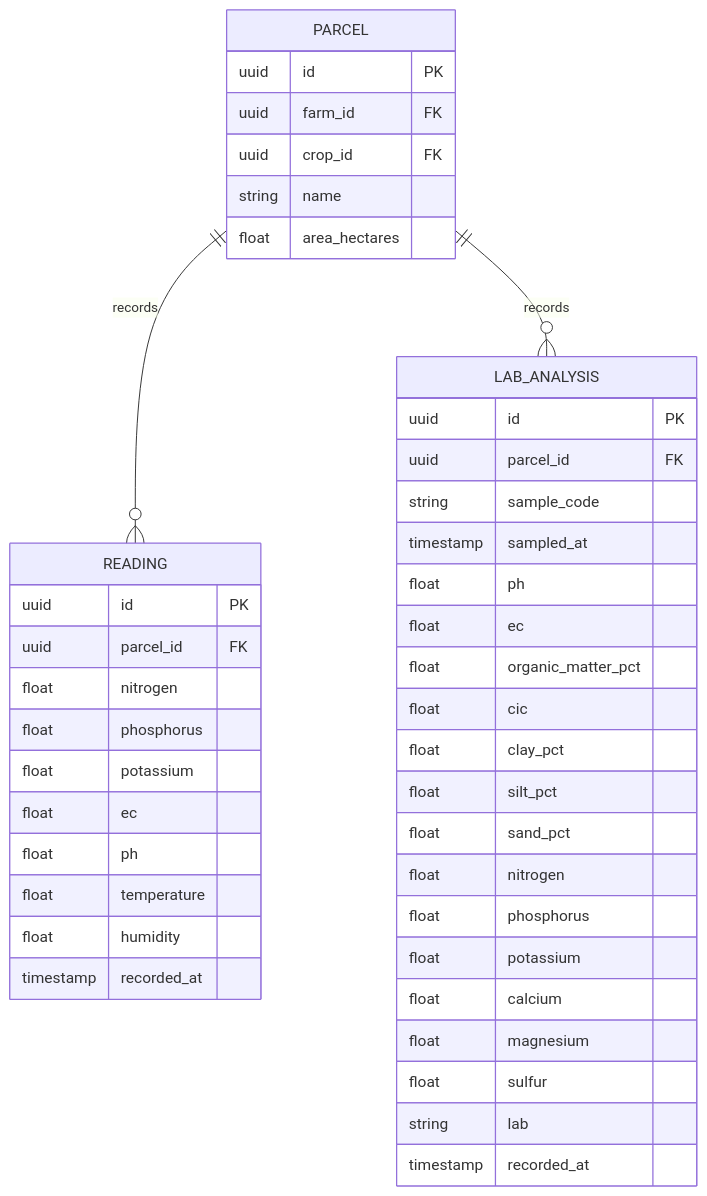
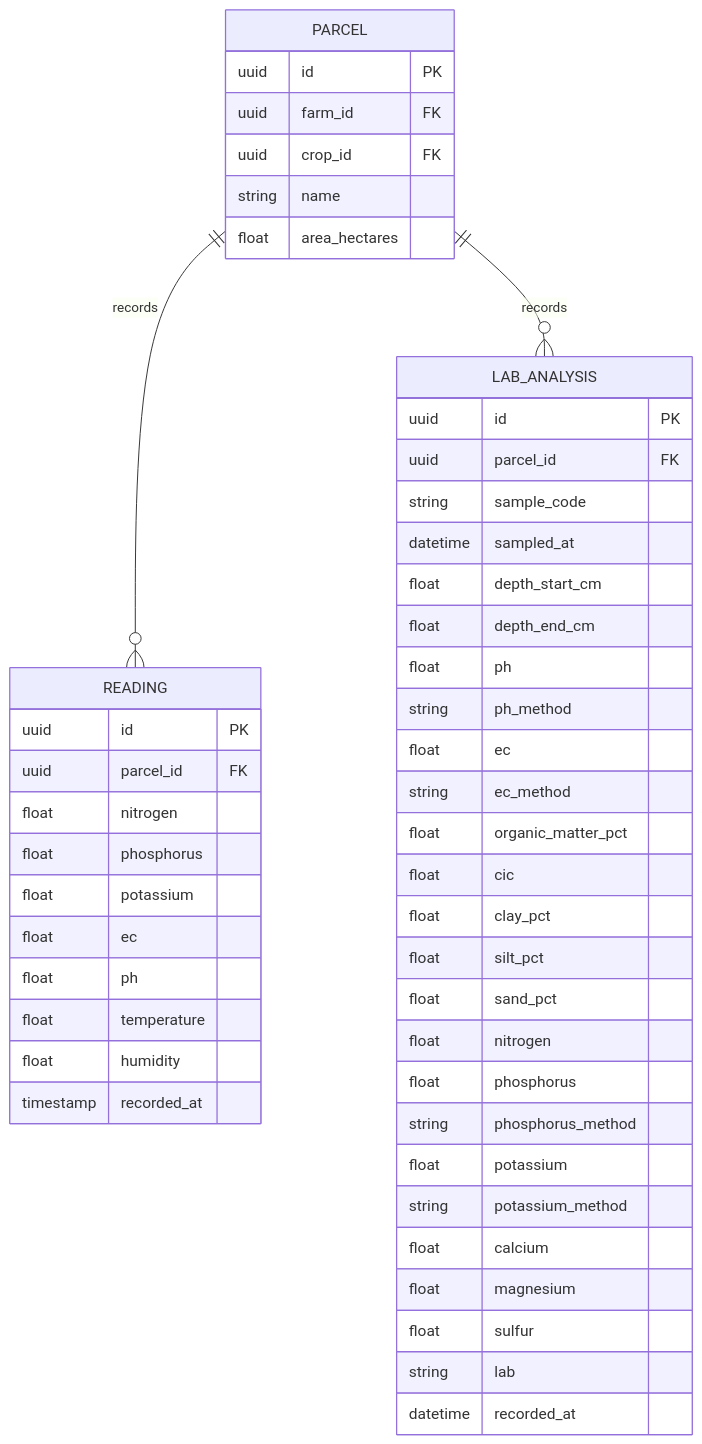
One commit to ferjovel06/Agrifos-Pre-Hackathon changed the diagram in docs/diagrams/er_diagrams/er_soil_data.mmd. Above: the diagram before and after it, drawn with Mermaid. The commit also changed 5 other files, not shown here.

Commit message:
docs: update readme and diagrams

```diff
--- a/docs/diagrams/er_diagrams/er_soil_data.mmd
+++ b/docs/diagrams/er_diagrams/er_soil_data.mmd
@@ -1,44 +1,50 @@
 erDiagram
   PARCEL ||--o{ READING : records
   PARCEL ||--o{ LAB_ANALYSIS : records
 
   PARCEL {
     uuid id PK
     uuid farm_id FK
     uuid crop_id FK
     string name
     float area_hectares
   }
   READING {
     uuid id PK
     uuid parcel_id FK
     float nitrogen
     float phosphorus
     float potassium
     float ec
     float ph
     float temperature
     float humidity
     timestamp recorded_at
   }
   LAB_ANALYSIS {
     uuid id PK
     uuid parcel_id FK
     string sample_code
-    timestamp sampled_at
+    datetime sampled_at
+    float depth_start_cm
+    float depth_end_cm
     float ph
+    string ph_method
     float ec
+    string ec_method
     float organic_matter_pct
     float cic
     float clay_pct
     float silt_pct
     float sand_pct
     float nitrogen
     float phosphorus
+    string phosphorus_method
     float potassium
+    string potassium_method
     float calcium
     float magnesium
     float sulfur
     string lab
-    timestamp recorded_at
+    datetime recorded_at
   }
```
